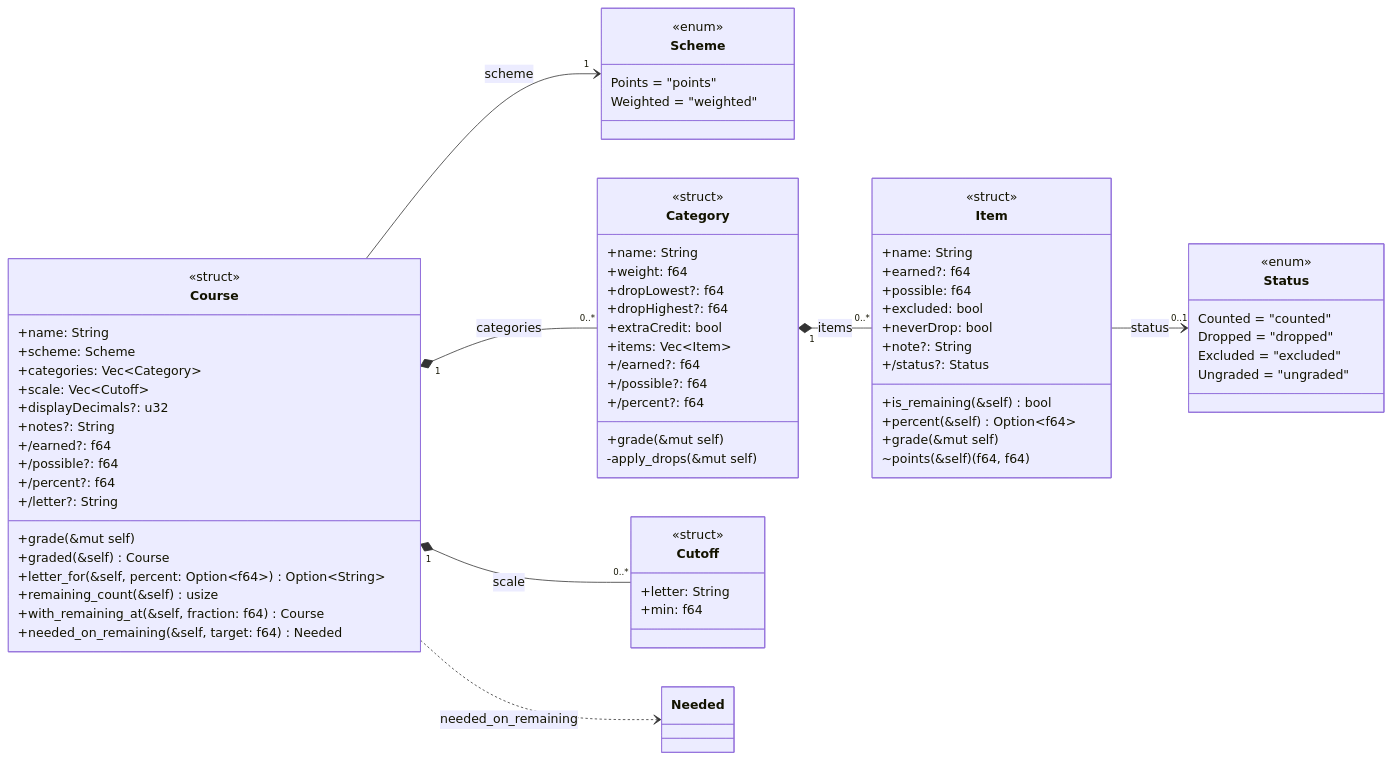
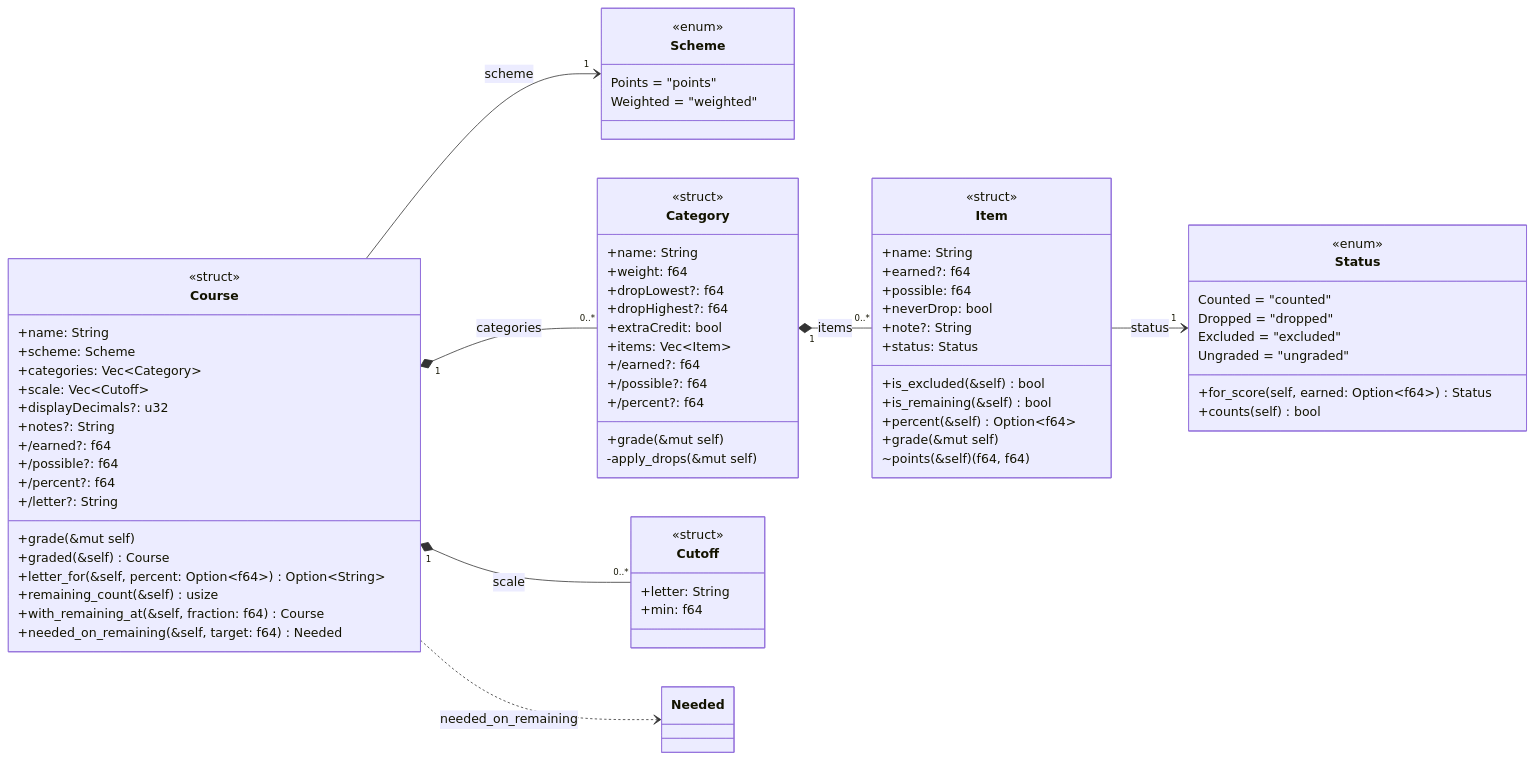
Before and after one commit to Patman1O1/grade-calculator: the second of 9 diagrams in docs/uml.md, drawn with Mermaid. The commit also changed other lines of this file and 13 other files, not shown here.

First line of the commit message:
Give Status its own module and replace Item.excluded with it

````diff
--- a/docs/uml.md
+++ b/docs/uml.md
@@ -70,74 +74,76 @@
 ```mermaid
 classDiagram
   direction LR
   class Scheme {
     <<enum>>
     Points = "points"
     Weighted = "weighted"
   }
   class Course {
     <<struct>>
     +name: String
     +scheme: Scheme
     +categories: Vec~Category~
     +scale: Vec~Cutoff~
     +displayDecimals?: u32
     +notes?: String
     +/earned?: f64
     +/possible?: f64
     +/percent?: f64
     +/letter?: String
     +grade(&mut self)
     +graded(&self) Course
     +letter_for(&self, percent: Option~f64~) Option~String~
     +remaining_count(&self) usize
     +with_remaining_at(&self, fraction: f64) Course
     +needed_on_remaining(&self, target: f64) Needed
   }
   class Category {
     <<struct>>
     +name: String
     +weight: f64
     +dropLowest?: f64
     +dropHighest?: f64
     +extraCredit: bool
     +items: Vec~Item~
     +/earned?: f64
     +/possible?: f64
     +/percent?: f64
     +grade(&mut self)
     -apply_drops(&mut self)
   }
   class Item {
     <<struct>>
     +name: String
     +earned?: f64
     +possible: f64
-    +excluded: bool
     +neverDrop: bool
     +note?: String
-    +/status?: Status
+    +status: Status
+    +is_excluded(&self) bool
     +is_remaining(&self) bool
     +percent(&self) Option~f64~
     +grade(&mut self)
     ~points(&self) (f64, f64)
   }
   class Cutoff {
     <<struct>>
     +letter: String
     +min: f64
   }
   class Status {
     <<enum>>
     Counted = "counted"
     Dropped = "dropped"
     Excluded = "excluded"
     Ungraded = "ungraded"
+    +for_score(self, earned: Option~f64~) Status
+    +counts(self) bool
   }
   Course "1" *-- "0..*" Category : categories
   Category "1" *-- "0..*" Item : items
   Course "1" *-- "0..*" Cutoff : scale
   Course --> "1" Scheme : scheme
-  Item --> "0..1" Status : status
+  Item --> "1" Status : status
   Course ..> Needed : needed_on_remaining
 ```
````
